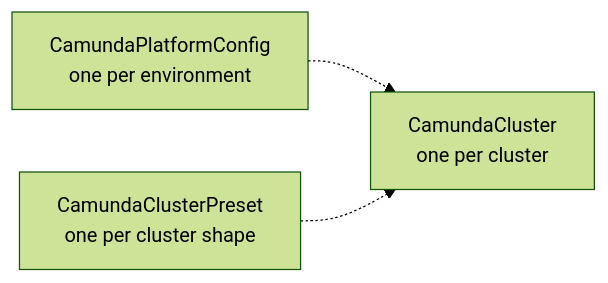
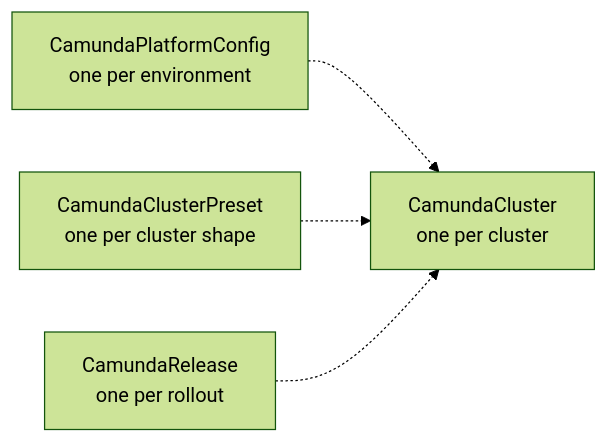
One commit to konsole-is/camunda-operator changed the diagram in docs/guides/presets.md. Above: the diagram before and after it, drawn with Mermaid (forest theme). The commit also changed other lines of this file and 101 other files, not shown here.

First line of the commit message:
feat: hold the Camunda version and its environment in a CamundaRelease (#324)

````diff
--- a/docs/guides/presets.md
+++ b/docs/guides/presets.md
@@ -18,6 +18,7 @@
 ```mermaid
 graph LR
     PFC[CamundaPlatformConfig<br/>one per environment] -.-> CC
     CCP[CamundaClusterPreset<br/>one per cluster shape] -.-> CC
+    CR[CamundaRelease<br/>one per rollout] -.-> CC
     CC[CamundaCluster<br/>one per cluster]
 ```
````
